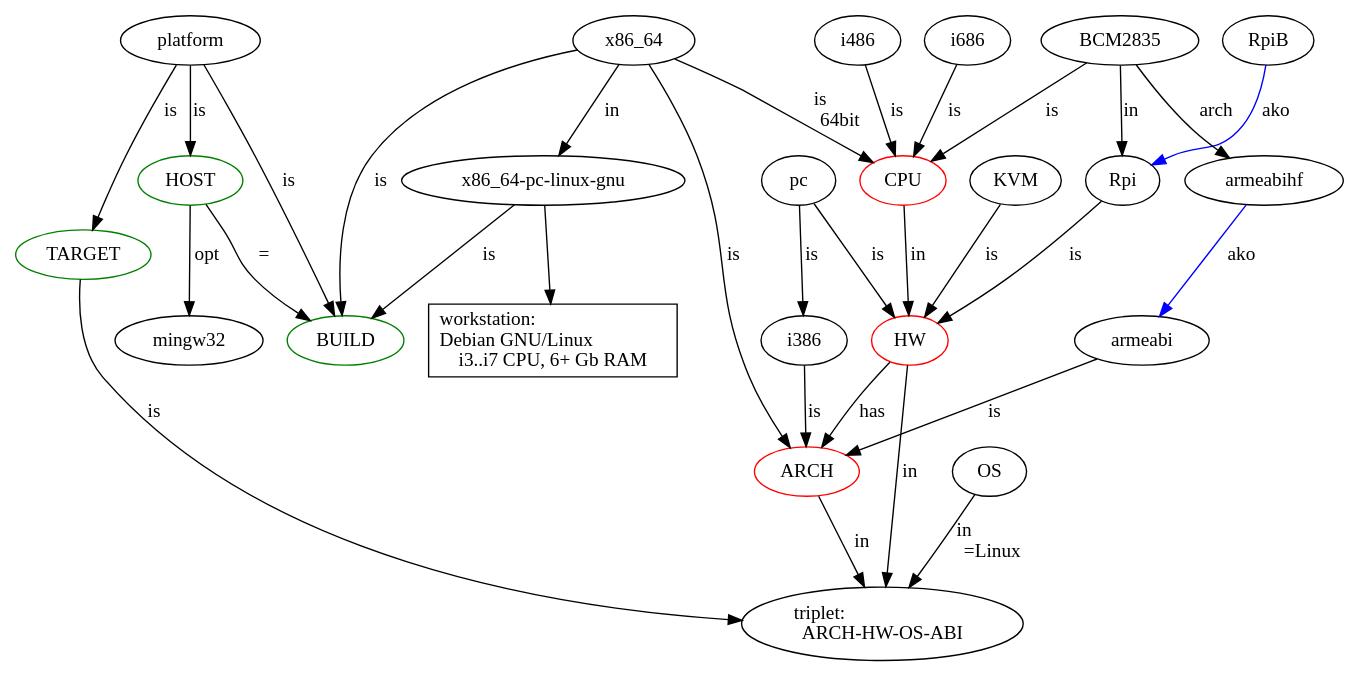
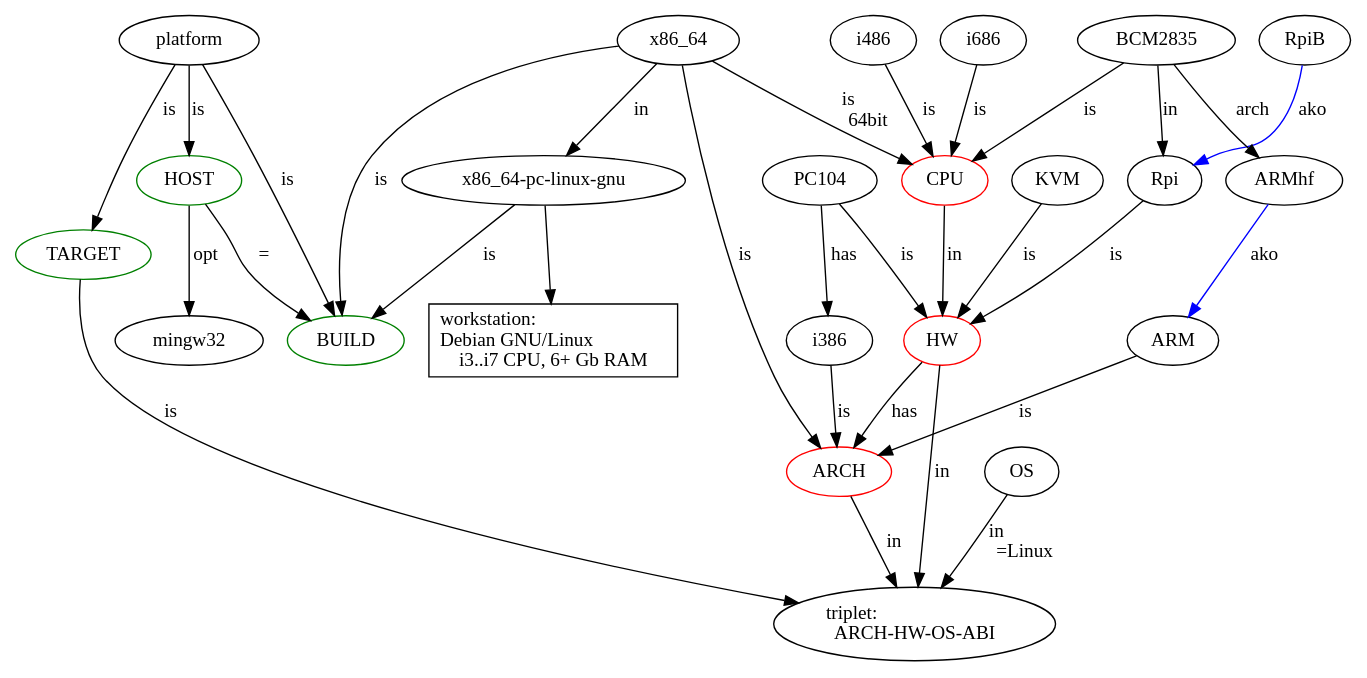
Before and after one commit to ponyatov/DLR: the diagram in doc/cross/03.dot, drawn with Graphviz. The commit also changed 9 other files, not shown here.

```diff
--- a/doc/cross/03.dot
+++ b/doc/cross/03.dot
@@ -1,42 +1,44 @@
 digraph {
 HW -> ARCH [label=has];
 CPU -> HW [label=in];
 HOST
 triplet [label="triplet:\lARCH-HW-OS-ABI"];
 TARGET -> triplet [label=is];
 i386 -> ARCH [label=is];
+armeabi [label=ARM];
 armeabi -> ARCH [label=is];
+armeabihf [label=ARMhf];
 armeabihf -> armeabi [label=ako,color=blue];
-pc -> HW [label=is];
+PC104 -> HW [label=is];
 KVM -> HW [label=is];
 Rpi -> HW [label=is];
 RpiB -> Rpi [label=ako,color=blue]; 
 BCM2835 -> CPU [label=is];
 i486 -> CPU [label=is];
 i686 -> CPU [label=is];
 x86_64 -> CPU [label="is\l64bit"];
 BCM2835 -> Rpi [label=in];
 OS -> triplet [label="in\l=Linux"];
 HW -> triplet [label=in];
 ARCH -> triplet [label=in];
 BCM2835 -> armeabihf [label=arch];
 x86_64 -> BUILD [label=is];
 HOST -> mingw32 [label=opt];
 HOST -> BUILD [label="="];
 x64pc [label="x86_64-pc-linux-gnu"];
 x64pc -> ws;
 ws [label="workstation:\lDebian GNU/Linux\li3..i7 CPU, 6+ Gb RAM",shape=box];
 x86_64 -> x64pc [label=in];
 x86_64 -> ARCH [label=is];
 x64pc -> BUILD [label=is];
 platform -> BUILD [label=is];
 platform -> HOST [label=is];
 platform -> TARGET [label=is];
-pc -> i386 [label=is];
+PC104 -> i386 [label=has];
 HW [color=red];
 CPU [color=red];
 ARCH [color=red];
 BUILD [color=green];
 HOST [color=green];
 TARGET [color=green];
 }
```
